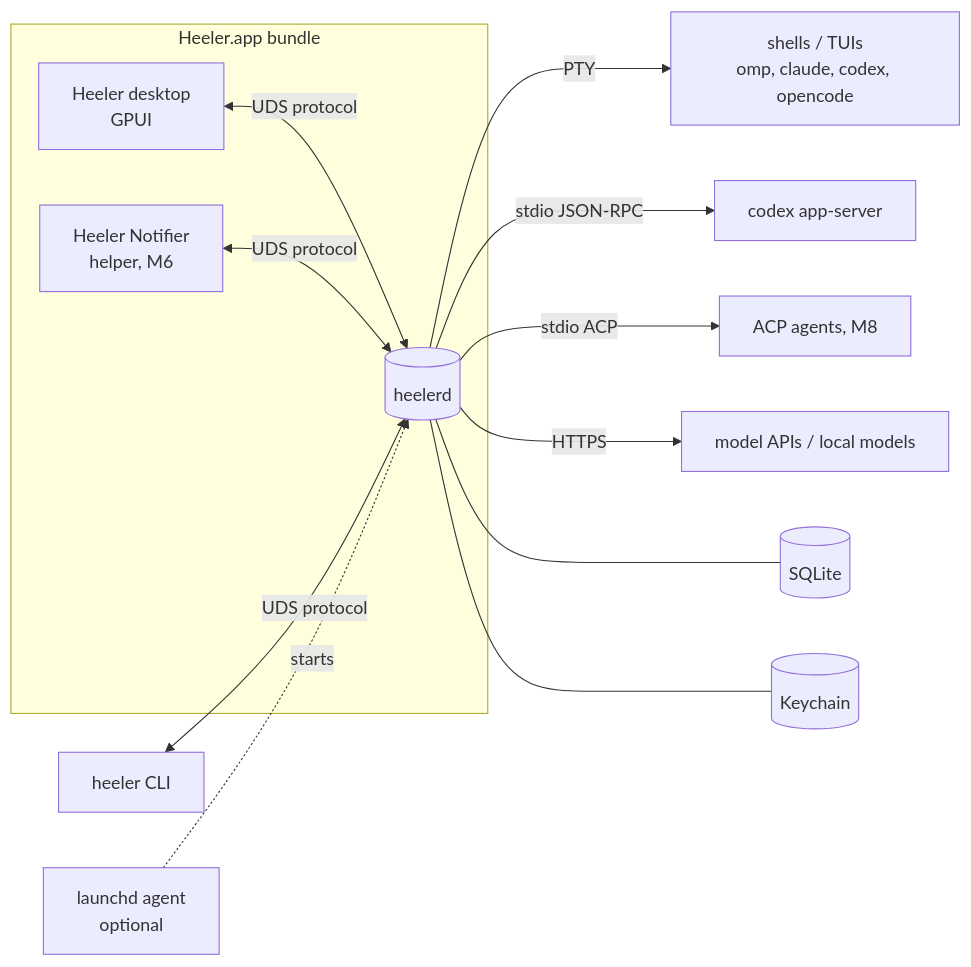
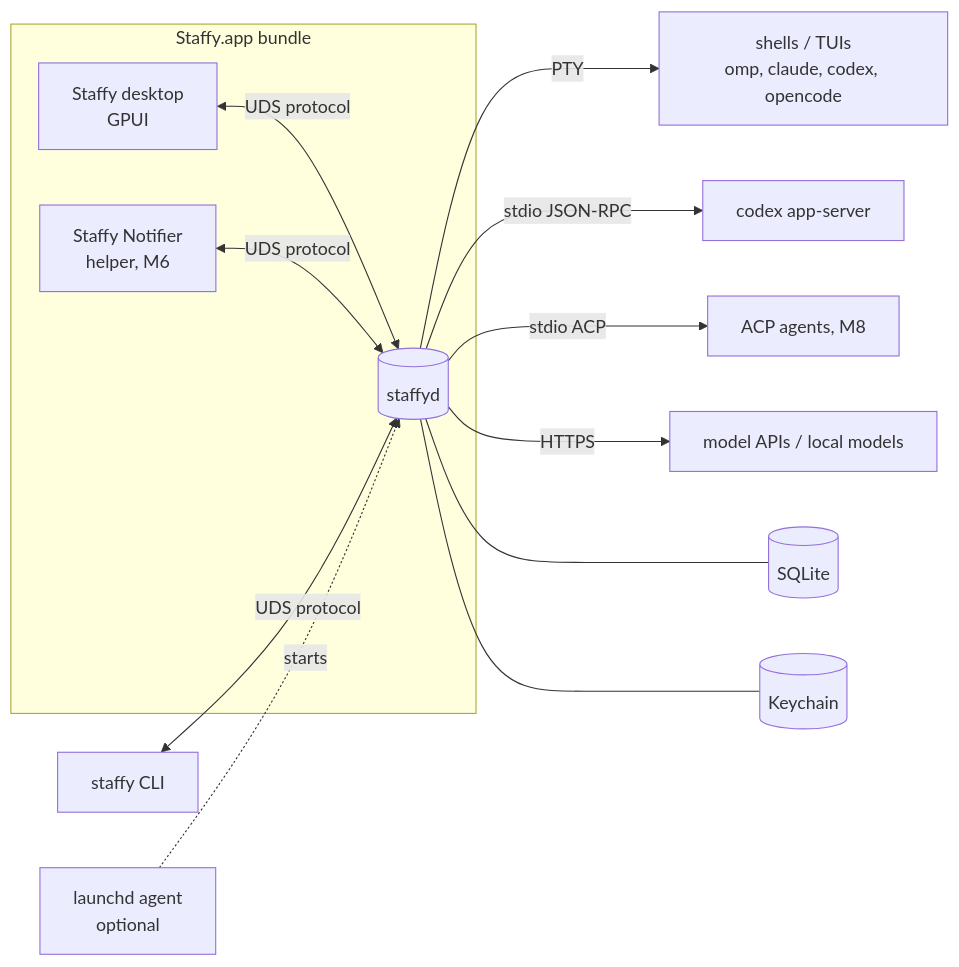
Before and after one commit to robertt3kuk/heeler: the first of 6 diagrams in docs/architecture.md, drawn with Mermaid. The commit also changed other lines of this file and 378 other files, not shown here.

Commit message:
refactor!: rename the project from Heeler to Staffy

````diff
--- a/docs/architecture.md
+++ b/docs/architecture.md
@@ -7,19 +7,19 @@
 ```mermaid
 flowchart LR
-  subgraph App[Heeler.app bundle]
-    D[Heeler desktop<br/>GPUI]
-    N[Heeler Notifier<br/>helper, M6]
-    H[(heelerd)]
+  subgraph App[Staffy.app bundle]
+    D[Staffy desktop<br/>GPUI]
+    N[Staffy Notifier<br/>helper, M6]
+    H[(staffyd)]
   end
-  CLI[heeler CLI]
+  CLI[staffy CLI]
   D <-->|UDS protocol| H
   CLI <-->|UDS protocol| H
   N <-->|UDS protocol| H
   H -->|PTY| T1[shells / TUIs<br/>omp, claude, codex, opencode]
   H -->|stdio JSON-RPC| A1[codex app-server]
   H -->|stdio ACP| A2[ACP agents, M8]
   H -->|HTTPS| M[model APIs / local models]
   H --- DB[(SQLite)]
   H --- KC[(Keychain)]
   LD[launchd agent<br/>optional] -.starts.-> H
 ```
````
